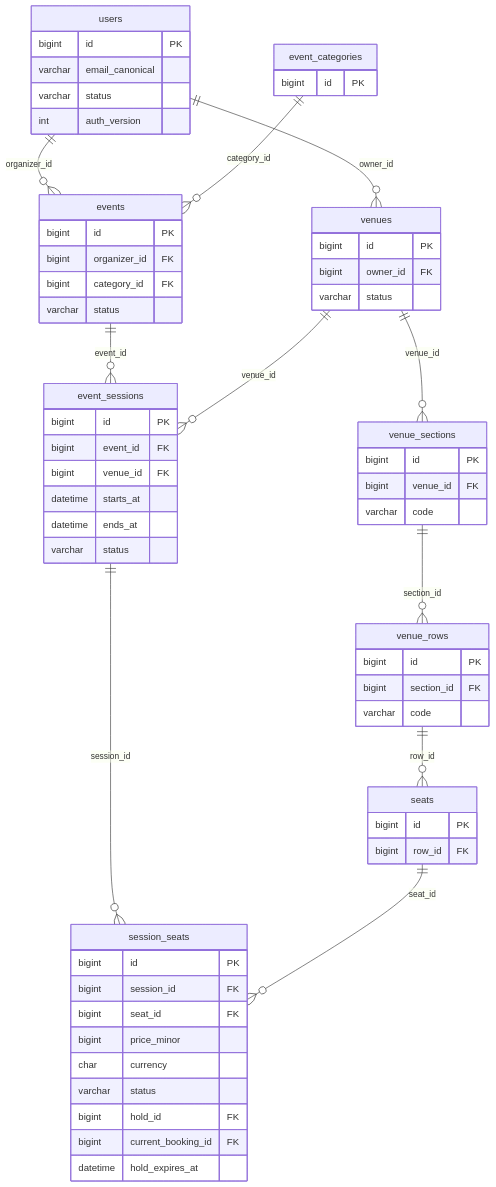
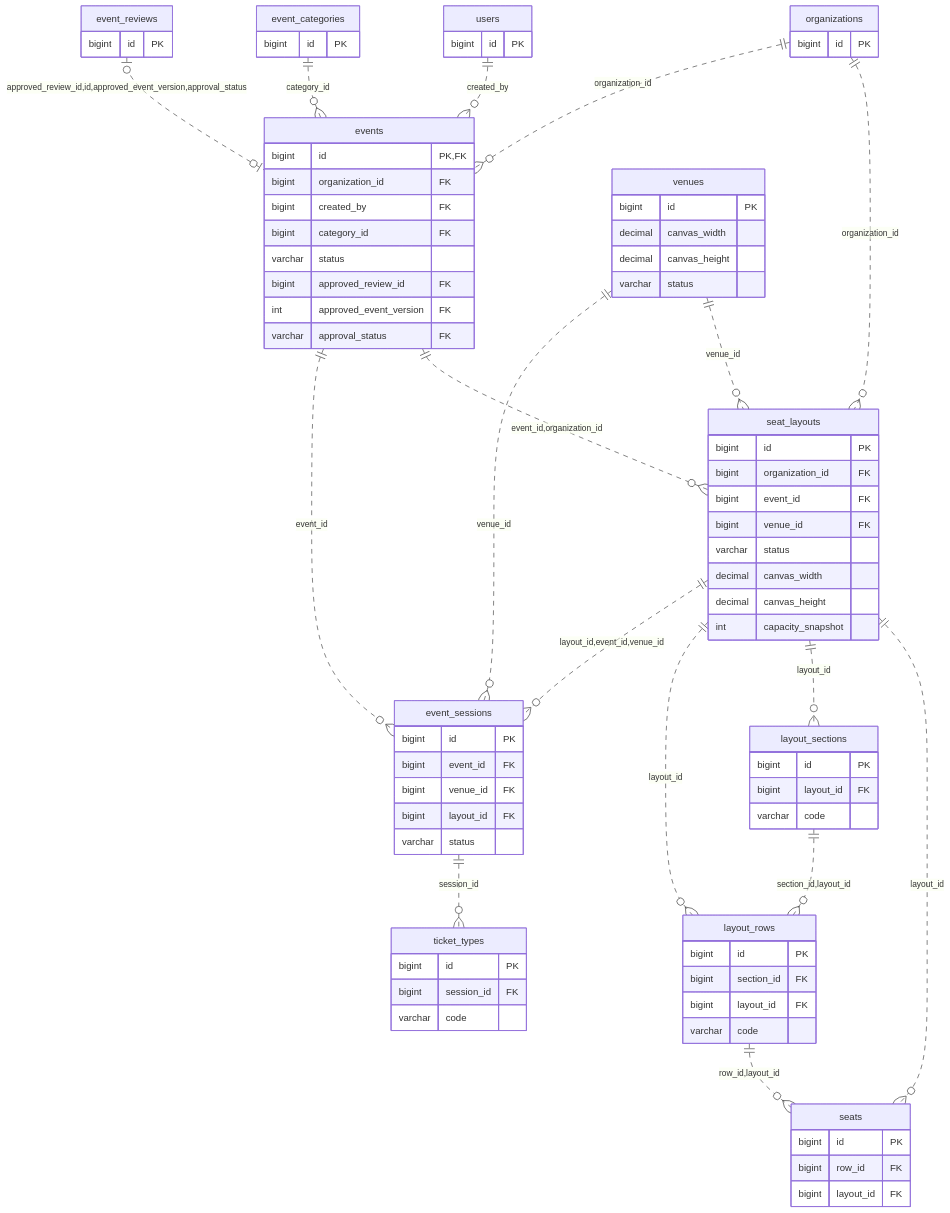
One commit to TienTrn05/Event_booking_ticket changed the diagram in docs/diagrams/06-erd-events.mmd. Above: the diagram before and after it, drawn with Mermaid. The commit also changed 56 other files, not shown here.

```diff
--- a/docs/diagrams/06-erd-events.mmd
+++ b/docs/diagrams/06-erd-events.mmd
@@ -1,64 +1,84 @@
 erDiagram
-    users {
-        bigint id PK
-        varchar email_canonical
-        varchar status
-        int auth_version
-    }
+    %% ADR-014: physical FK groups; full columns and constraints in schema.sql.
     event_categories {
         bigint id PK
     }
-    events {
+    event_reviews {
         bigint id PK
-        bigint organizer_id FK
-        bigint category_id FK
-        varchar status
-    }
-    venues {
-        bigint id PK
-        bigint owner_id FK
-        varchar status
-    }
-    venue_sections {
-        bigint id PK
-        bigint venue_id FK
-        varchar code
-    }
-    venue_rows {
-        bigint id PK
-        bigint section_id FK
-        varchar code
-    }
-    seats {
-        bigint id PK
-        bigint row_id FK
     }
     event_sessions {
         bigint id PK
         bigint event_id FK
         bigint venue_id FK
-        datetime starts_at
-        datetime ends_at
+        bigint layout_id FK
         varchar status
     }
-    session_seats {
+    events {
+        bigint id PK,FK
+        bigint organization_id FK
+        bigint created_by FK
+        bigint category_id FK
+        varchar status
+        bigint approved_review_id FK
+        int approved_event_version FK
+        varchar approval_status FK
+    }
+    layout_rows {
+        bigint id PK
+        bigint section_id FK
+        bigint layout_id FK
+        varchar code
+    }
+    layout_sections {
+        bigint id PK
+        bigint layout_id FK
+        varchar code
+    }
+    organizations {
+        bigint id PK
+    }
+    seat_layouts {
+        bigint id PK
+        bigint organization_id FK
+        bigint event_id FK
+        bigint venue_id FK
+        varchar status
+        decimal canvas_width
+        decimal canvas_height
+        int capacity_snapshot
+    }
+    seats {
+        bigint id PK
+        bigint row_id FK
+        bigint layout_id FK
+    }
+    ticket_types {
         bigint id PK
         bigint session_id FK
-        bigint seat_id FK
-        bigint price_minor
-        char currency
+        varchar code
+    }
+    users {
+        bigint id PK
+    }
+    venues {
+        bigint id PK
+        decimal canvas_width
+        decimal canvas_height
         varchar status
-        bigint hold_id FK
-        bigint current_booking_id FK
-        datetime hold_expires_at
     }
-    users ||--o{ events : "organizer_id"
-    event_categories ||--o{ events : "category_id"
-    users ||--o{ venues : "owner_id"
-    venues ||--o{ venue_sections : "venue_id"
-    venue_sections ||--o{ venue_rows : "section_id"
-    venue_rows ||--o{ seats : "row_id"
-    events ||--o{ event_sessions : "event_id"
-    venues ||--o{ event_sessions : "venue_id"
-    event_sessions ||--o{ session_seats : "session_id"
-    seats ||--o{ session_seats : "seat_id"
+    seat_layouts ||..o{ event_sessions : "layout_id,event_id,venue_id"
+    events ||..o{ event_sessions : "event_id"
+    venues ||..o{ event_sessions : "venue_id"
+    event_reviews |o..o| events : "approved_review_id,id,approved_event_version,approval_status"
+    event_categories ||..o{ events : "category_id"
+    users ||..o{ events : "created_by"
+    organizations ||..o{ events : "organization_id"
+    seat_layouts ||..o{ layout_rows : "layout_id"
+    layout_sections ||..o{ layout_rows : "section_id,layout_id"
+    seat_layouts ||..o{ layout_sections : "layout_id"
+    events ||..o{ seat_layouts : "event_id,organization_id"
+    organizations ||..o{ seat_layouts : "organization_id"
+    venues ||..o{ seat_layouts : "venue_id"
+    seat_layouts ||..o{ seats : "layout_id"
+    layout_rows ||..o{ seats : "row_id,layout_id"
+    event_sessions ||..o{ ticket_types : "session_id"
```
